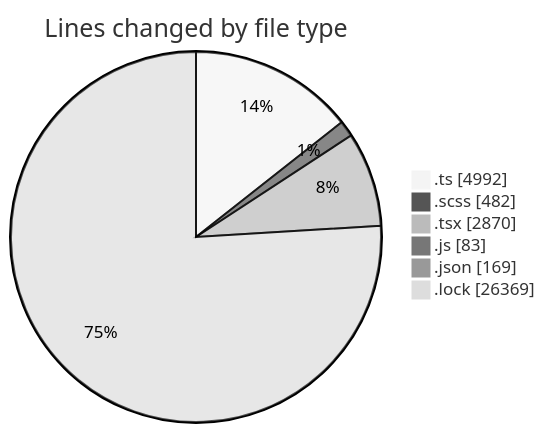
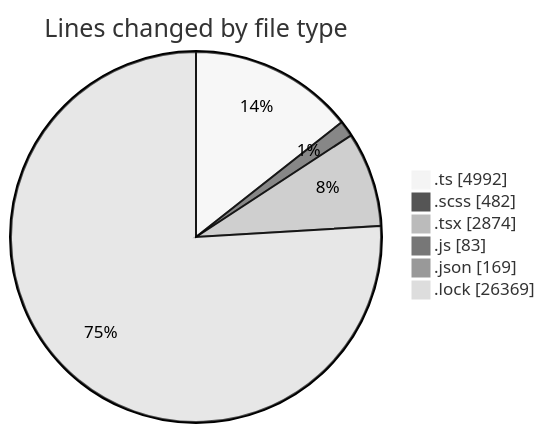
One commit to momahboobian/code-tracking changed the first of 2 diagrams in 2025-09-12/cda/README.md. Above: the diagram before and after it, drawn with Mermaid (neutral theme). The commit also changed other lines of this file and 1 other file, not shown here.

````diff
--- a/2025-09-12/cda/README.md
+++ b/2025-09-12/cda/README.md
@@ -35,10 +35,10 @@
 ```mermaid
 pie showData
 title Lines changed by file type
 ".ts" : 4992
 ".scss" : 482
-".tsx" : 2870
+".tsx" : 2874
 ".js" : 83
 ".json" : 169
 ".lock" : 26369
 ```
````
